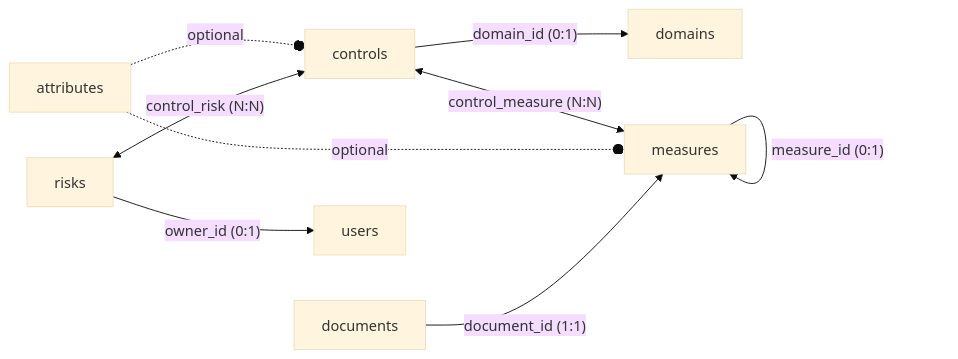
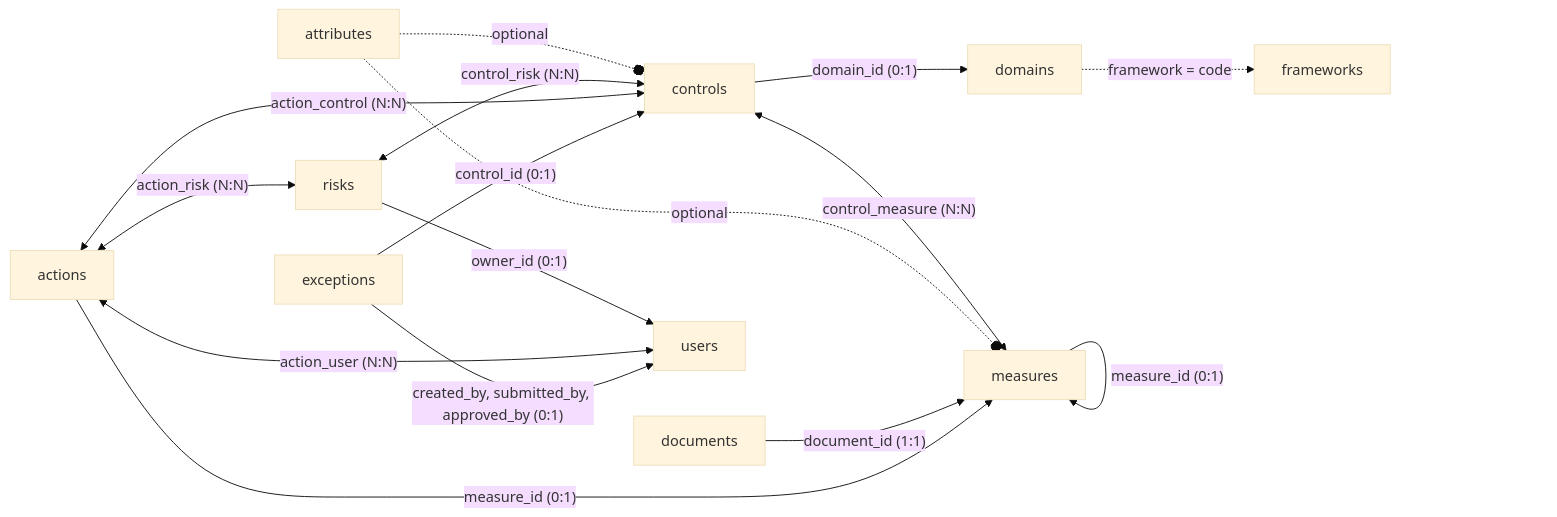
Before and after one commit to dbarzin/deming: the first of 2 diagrams in docs/model.de.md, drawn with Mermaid (base theme). The commit also changed other lines of this file and 2 other files, not shown here.

Commit message:
Document the actions, exceptions and frameworks tables in the data model

````diff
--- a/docs/model.de.md
+++ b/docs/model.de.md
@@ -20,11 +25,18 @@
 ```mermaid
 flowchart LR
     controls --> |"domain_id (0:1)"| domains
+    domains -.->|"framework = code"| frameworks
     controls <-->|"control_measure (N:N)"| measures
     attributes -.-o |"optional"| controls
     attributes -.-o |"optional"| measures
     measures -->|"measure_id (0:1)"| measures
     documents -->|"document_id (1:1)"| measures
     risks -->|"owner_id (0:1)"| users
     risks <-->|"control_risk (N:N)"| controls
+    actions -->|"measure_id (0:1)"| measures
+    actions <-->|"action_control (N:N)"| controls
+    actions <-->|"action_risk (N:N)"| risks
+    actions <-->|"action_user (N:N)"| users
+    exceptions -->|"control_id (0:1)"| controls
+    exceptions -->|"created_by, submitted_by, approved_by (0:1)"| users
 ```
````
